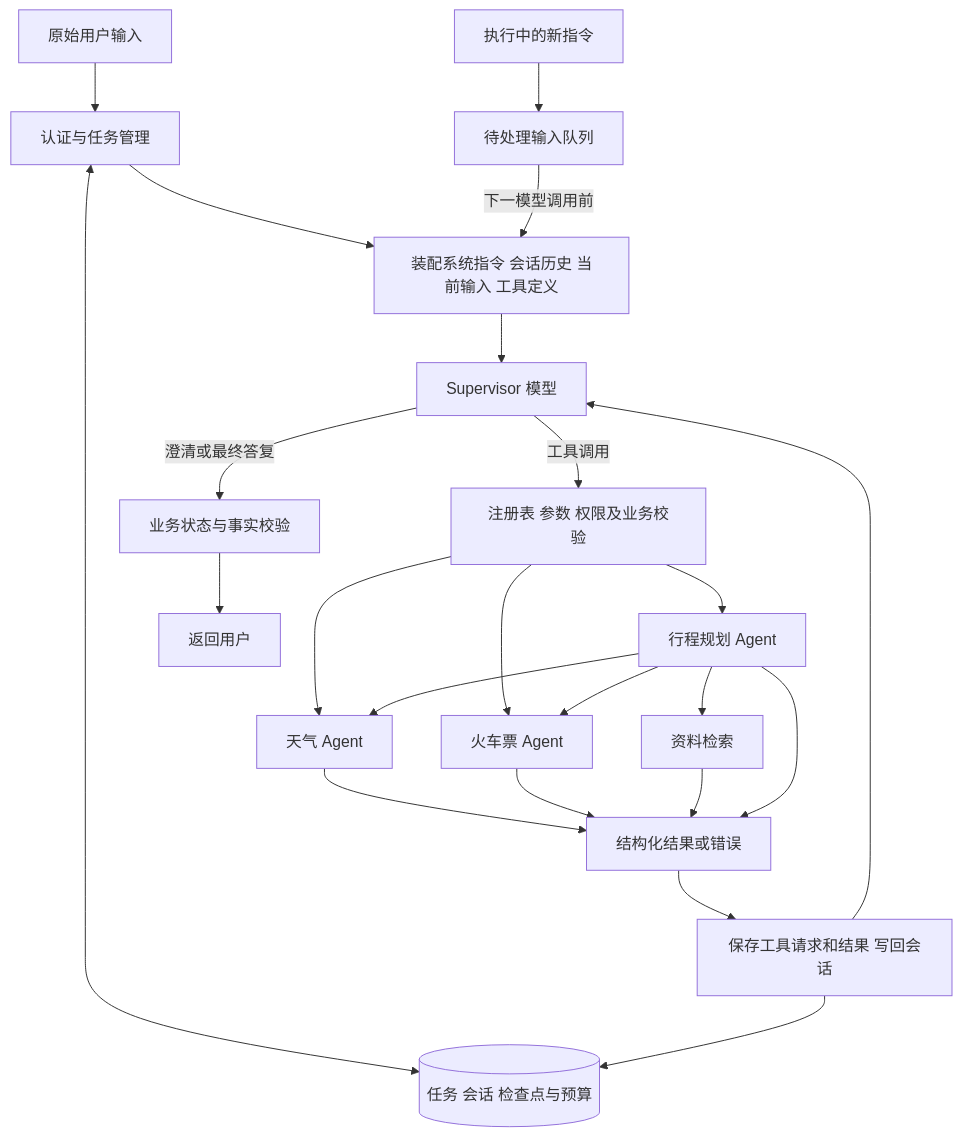
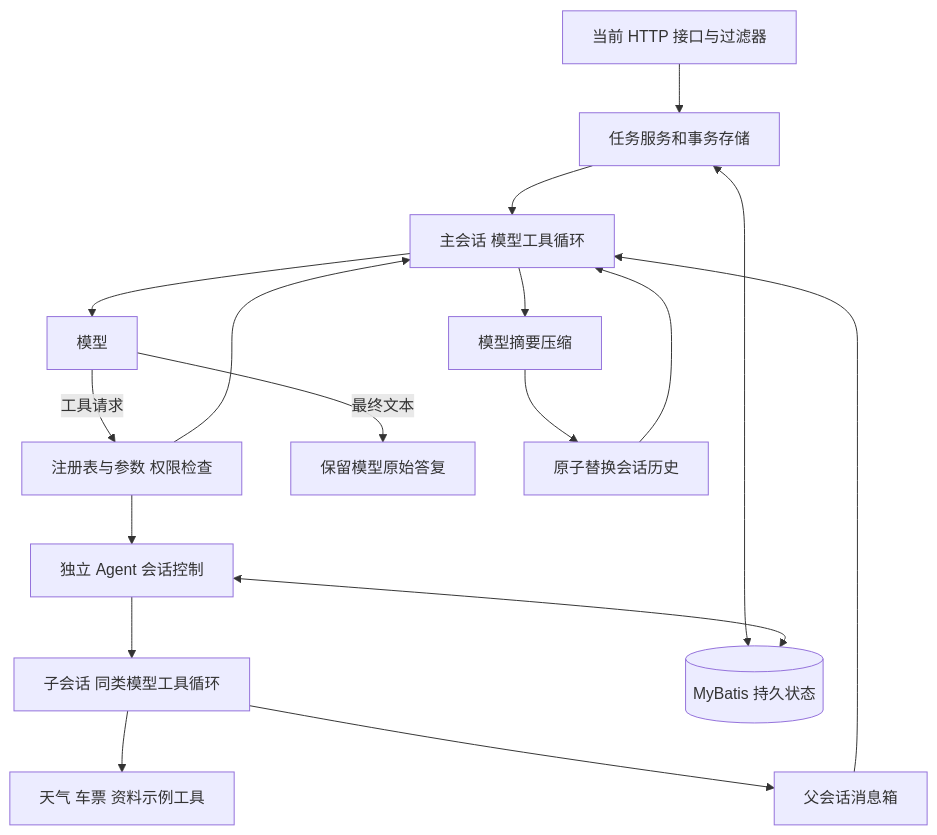
One commit to hj456992/agentscope-react-demo changed the first of 8 diagrams in docs/技术方案.md. Above: the diagram before and after it, drawn with Mermaid. The commit also changed other lines of this file and 134 other files, not shown here.

````diff
--- a/docs/技术方案.md
+++ b/docs/技术方案.md
@@ -24,25 +15,19 @@
 ```mermaid
 flowchart TD
-    A[原始用户输入] --> B[认证与任务管理]
-    B --> C[装配系统指令 会话历史 当前输入 工具定义]
-    C --> D[Supervisor 模型]
-    D -->|工具调用| E[注册表 参数 权限及业务校验]
-    E --> W[天气 Agent]
-    E --> T[火车票 Agent]
-    E --> P[行程规划 Agent]
-    P --> W
-    P --> T
-    P --> K[资料检索]
-    W --> R[结构化结果或错误]
+    H[当前 HTTP 接口与过滤器] --> S[任务服务和事务存储]
+    S --> R[主会话 模型工具循环]
+    R --> M[模型]
+    M -->|工具请求| T[注册表与参数 权限检查]
+    T --> A[独立 Agent 会话控制]
+    A --> C[子会话 同类模型工具循环]
+    C --> D[天气 车票 资料示例工具]
+    C --> B[父会话消息箱]
+    B --> R
     T --> R
-    K --> R
+    M -->|最终文本| O[保留模型原始答复]
+    R --> K[模型摘要压缩]
+    K --> P[原子替换会话历史]
     P --> R
-    R --> H[保存工具请求和结果 写回会话]
-    H --> D
-    D -->|澄清或最终答复| V[业务状态与事实校验]
-    V --> O[返回用户]
-    N[执行中的新指令] --> Q[待处理输入队列]
-    Q -->|下一模型调用前| C
-    B <--> DB[(任务 会话 检查点与预算)]
-    H --> DB
+    S <--> DB[(MyBatis 持久状态)]
+    A <--> DB
 ```
````
